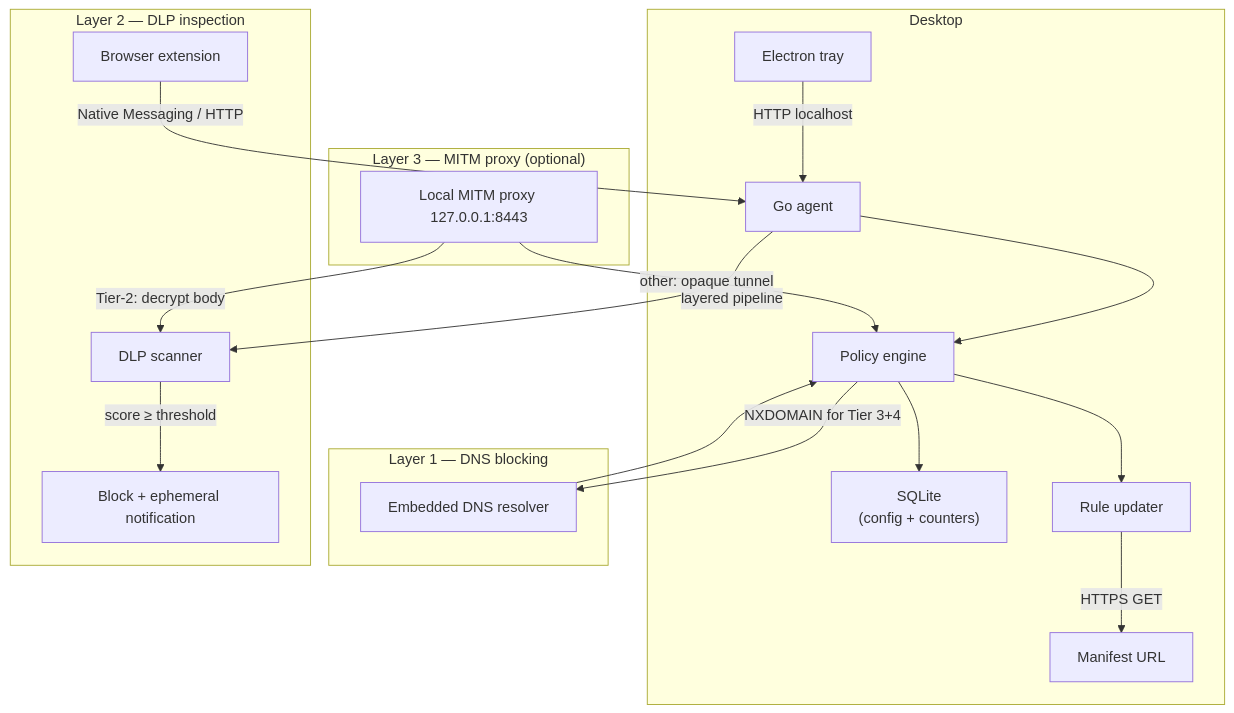
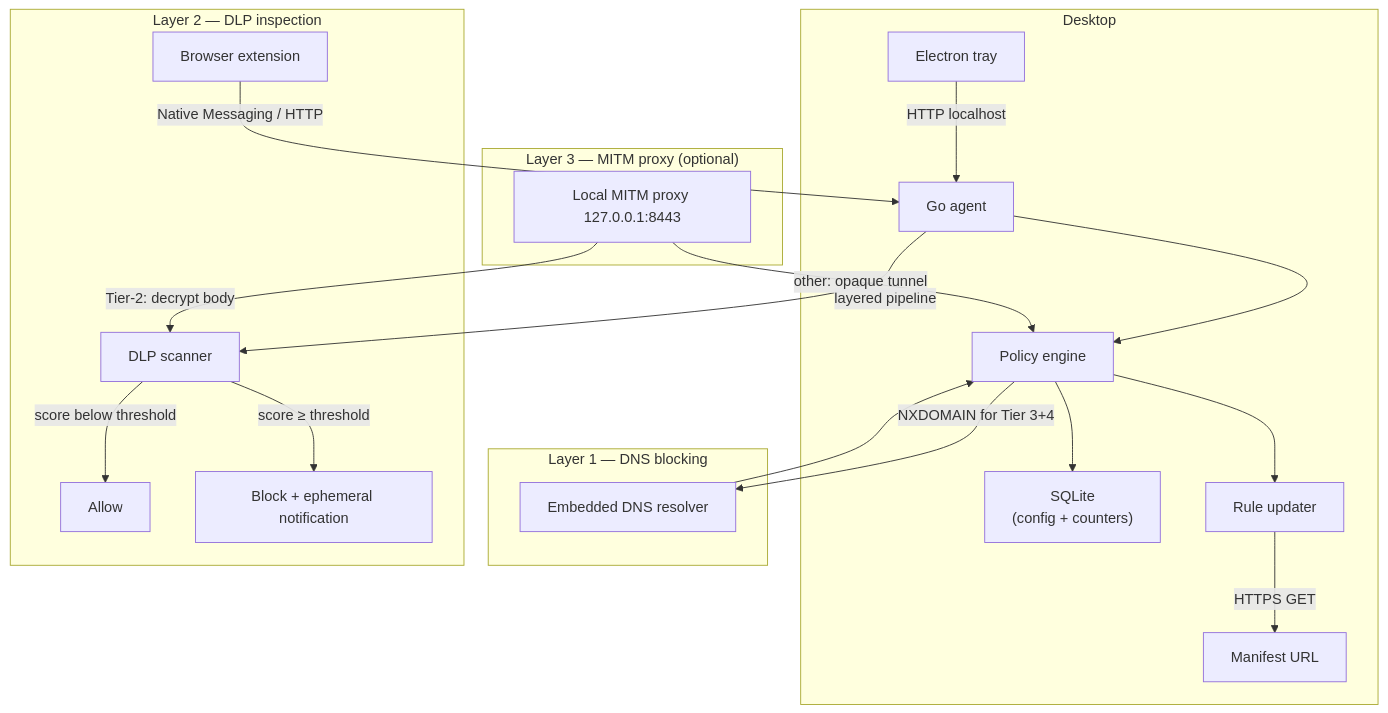
Before and after one commit to kennguy3n/secure-edge: the first of 4 diagrams in ARCHITECTURE.md, drawn with Mermaid. The commit also changed 2 other files, not shown here.

Commit message:
docs: address Devin Review findings on PR #35
Three small follow-ups against the same audit. No code touched, no
prior commit reverted.

- CHANGELOG: drop the dangling 'accessibility regressions fixed in
  the Electron tray' line. With docs/accessibility.md gone (per the
  approved deletion plan), this was the only repo reference to the
  audit and would have invited the reader to look for a doc that no
  longer exists.

- docs/admin-guide.md (\xa71.1): correct 'CycloneDX 1.5 SBOMs' to
  'CycloneDX 1.6'. anchore/sbom-action@v0 on the Release workflow
  emits CycloneDX 1.6 via bundled syft, and CHANGELOG.md already
  says 1.6 in the [Unreleased] block. The 1.5 string was inherited
  verbatim from the pre-audit admin-guide and should have been
  reconciled in the original trim.

- ARCHITECTURE.md (Layer 2 mermaid): restore the
  'score below threshold \u2192 Allow' edge that the trim collapsed. The
  privacy-invariant flowchart further down still showed the allow
  path, but the top-level system overview should not imply DLP is
  block-only.

AI assistance disclosure: drafted by Devin under the maintainer
exception per AGENTS.md.

````diff
--- a/ARCHITECTURE.md
+++ b/ARCHITECTURE.md
@@ -5,27 +5,28 @@
 ```mermaid
 graph TD
     subgraph Desktop
         A["Electron tray"] -->|"HTTP localhost"| B["Go agent"]
         B --> C["Policy engine"]
         C --> D["SQLite\n(config + counters)"]
         C --> E["Rule updater"]
         E -->|"HTTPS GET"| F["Manifest URL"]
     end
 
     subgraph "Layer 1 — DNS blocking"
         H["Embedded DNS resolver"] --> C
         C -->|"NXDOMAIN for Tier 3+4"| H
     end
 
     subgraph "Layer 2 — DLP inspection"
         I["Browser extension"] -->|"Native Messaging / HTTP"| B
         B -->|"layered pipeline"| J["DLP scanner"]
+        J -->|"score below threshold"| L["Allow"]
         J -->|"score ≥ threshold"| K["Block + ephemeral notification"]
     end
 
     subgraph "Layer 3 — MITM proxy (optional)"
         M["Local MITM proxy 127.0.0.1:8443"]
         M -->|"Tier-2: decrypt body"| J
         M -->|"other: opaque tunnel"| C
     end
 ```
````
